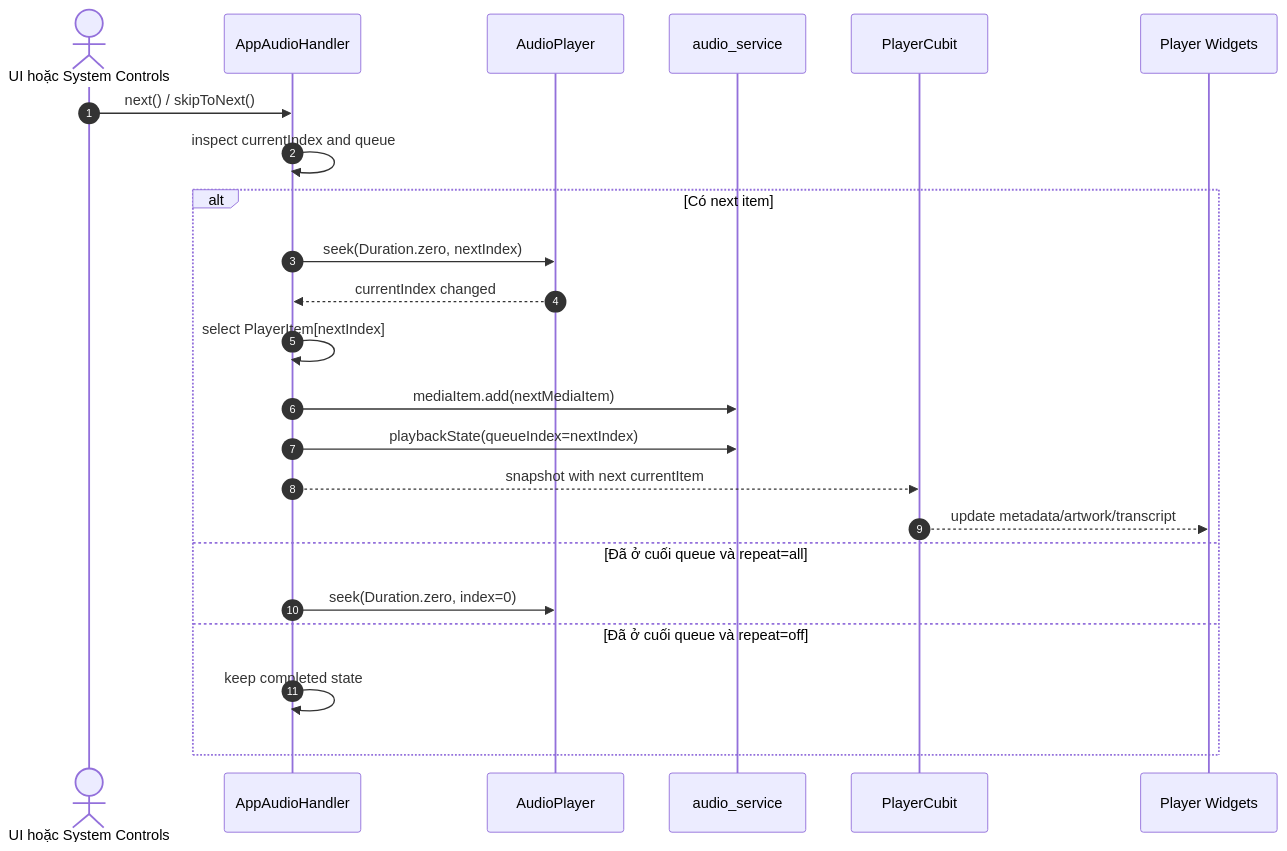
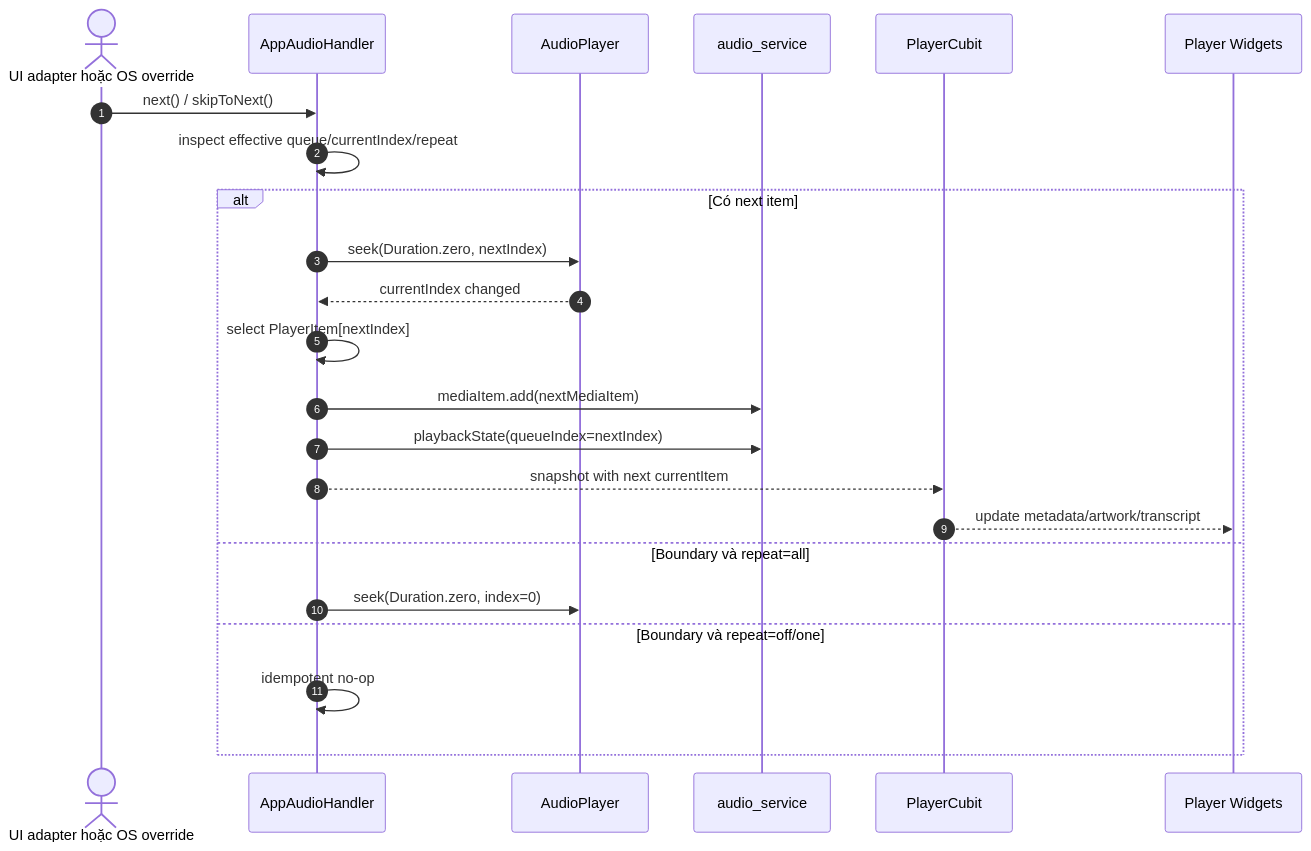
Before and after one commit to ViUniverse/ViListen: the ninth of 29 diagrams in docs/player-behavioral-diagrams.md, drawn with Mermaid. The commit also changed other lines of this file and 4 other files, not shown here.

````diff
--- a/docs/player-behavioral-diagrams.md
+++ b/docs/player-behavioral-diagrams.md
@@ -454,27 +493,27 @@
 ```mermaid
 sequenceDiagram
 autonumber
-actor Caller as UI hoặc System Controls
+actor Caller as UI adapter hoặc OS override
 participant Handler as AppAudioHandler
 participant Engine as AudioPlayer
 participant AS as audio_service
 participant Cubit as PlayerCubit
 participant UI as Player Widgets
 
 Caller->>Handler: next() / skipToNext()
-Handler->>Handler: inspect currentIndex and queue
+Handler->>Handler: inspect effective queue/currentIndex/repeat
 
 alt Có next item
   Handler->>Engine: seek(Duration.zero, nextIndex)
   Engine-->>Handler: currentIndex changed
   Handler->>Handler: select PlayerItem[nextIndex]
   Handler->>AS: mediaItem.add(nextMediaItem)
   Handler->>AS: playbackState(queueIndex=nextIndex)
   Handler-->>Cubit: snapshot with next currentItem
   Cubit-->>UI: update metadata/artwork/transcript
-else Đã ở cuối queue và repeat=all
+else Boundary và repeat=all
   Handler->>Engine: seek(Duration.zero, index=0)
-else Đã ở cuối queue và repeat=off
-  Handler->>Handler: keep completed state
+else Boundary và repeat=off/one
+  Handler->>Handler: idempotent no-op
 end
 ```
````
